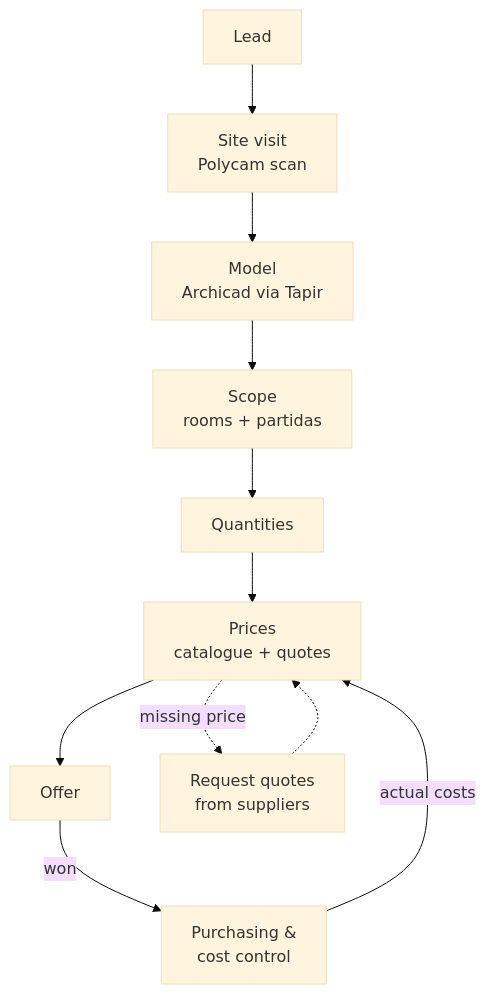
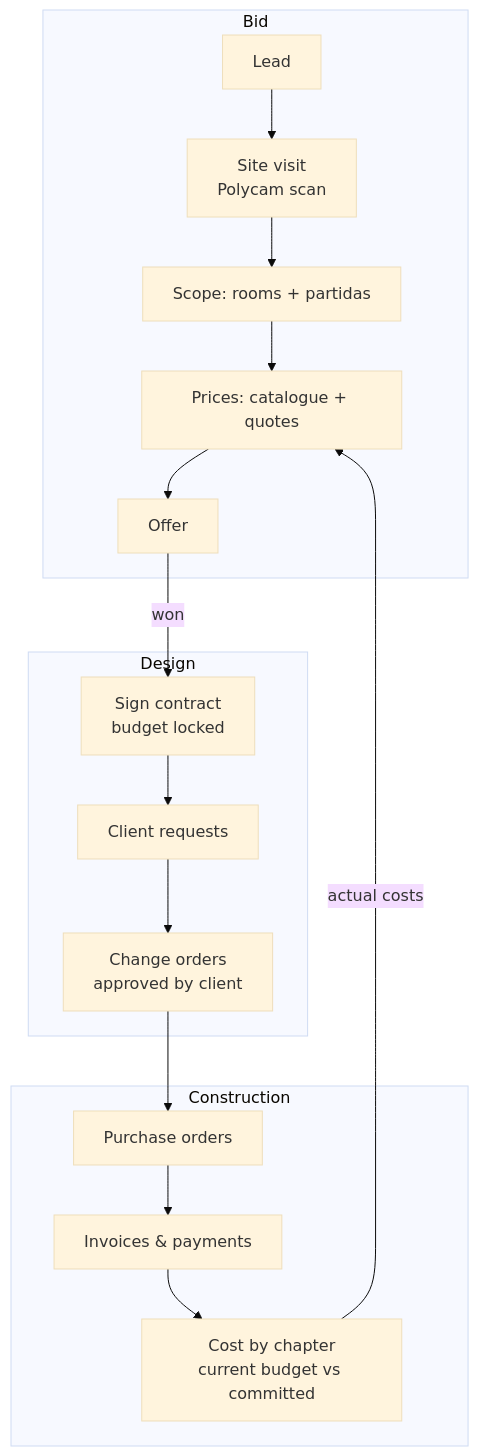
Before and after one commit to ENZYME-APD/renovation-bids: the second of 2 diagrams in content/wiki/01-overview.md, drawn with Mermaid (base theme). The commit also changed other lines of this file and 32 other files, not shown here.

First line of the commit message:
Project lifecycle: phases (bid, design, construction, closed), signed contract as a locked baseline, change orders and current budget; client requests on the project page; wiki rewritten around the full lifecycle

````diff
--- a/content/wiki/01-overview.md
+++ b/content/wiki/01-overview.md
@@ -13,13 +30,20 @@
 ```mermaid
 flowchart TB
-  A[Lead] --> B[Site visit<br/>Polycam scan]
-  B --> C[Model<br/>Archicad via Tapir]
-  C --> D[Scope<br/>rooms + partidas]
-  D --> E[Quantities]
-  E --> F[Prices<br/>catalogue + quotes]
-  F --> G[Offer]
-  G -->|won| H[Purchasing &<br/>cost control]
-  H -->|actual costs| F
-  F -.->|missing price| R[Request quotes<br/>from suppliers]
-  R -.-> F
+  subgraph Bid
+    A[Lead] --> V[Site visit<br/>Polycam scan]
+    V --> S[Scope: rooms + partidas]
+    S --> P[Prices: catalogue + quotes]
+    P --> O[Offer]
+  end
+  subgraph Design
+    K[Sign contract<br/>budget locked] --> R[Client requests]
+    R --> CO[Change orders<br/>approved by client]
+  end
+  subgraph Construction
+    PO[Purchase orders] --> I[Invoices & payments]
+    I --> CC[Cost by chapter<br/>current budget vs committed]
+  end
+  O -->|won| K
+  CO --> PO
+  CC -->|actual costs| P
 ```
````
